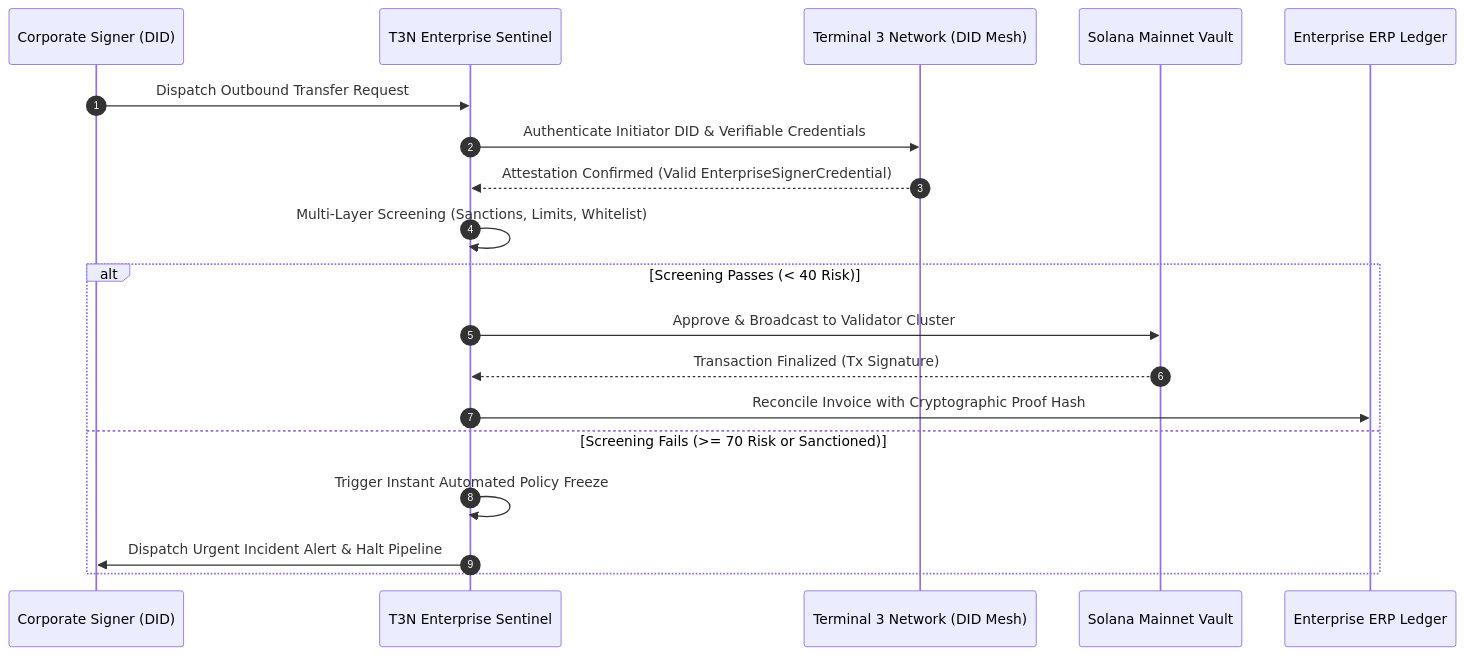
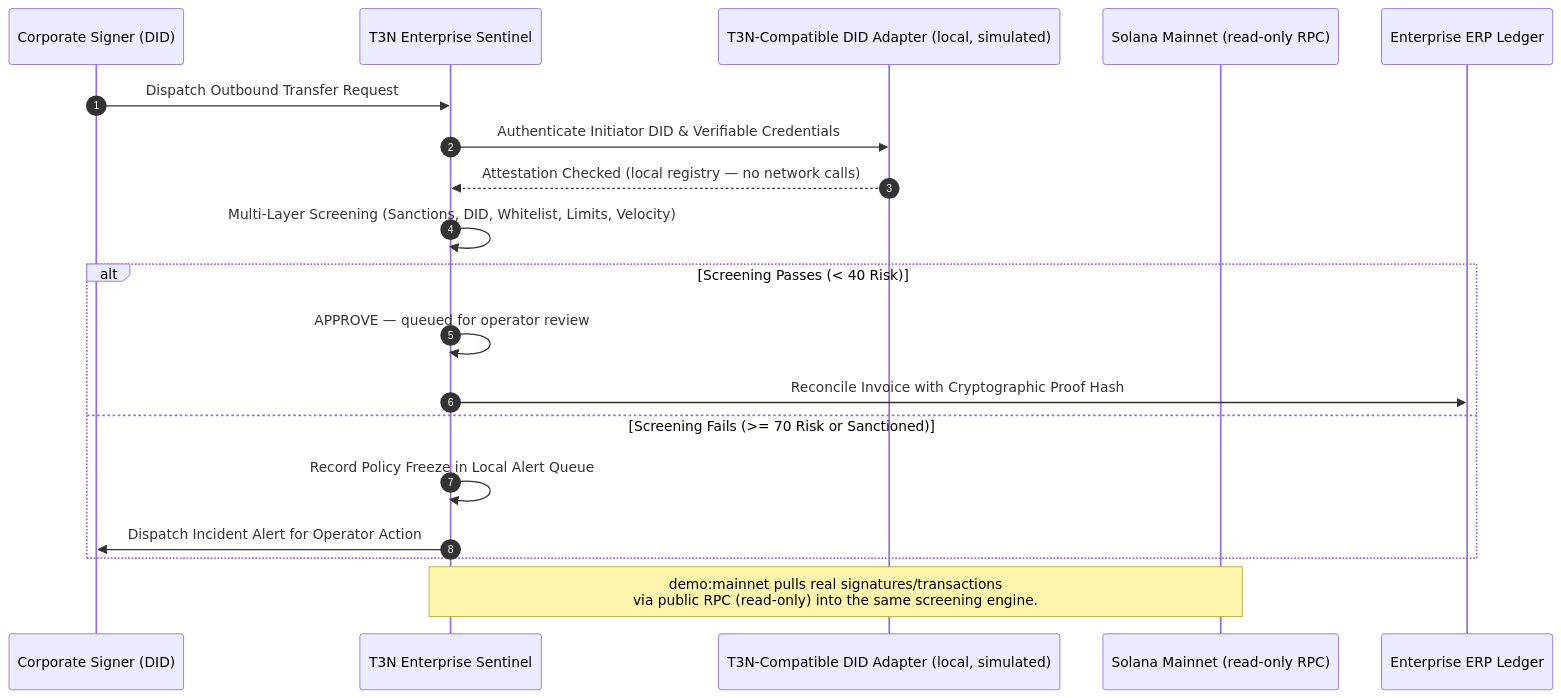
One commit to fliptrigga13/t3n-enterprise-sentinel changed the diagram in SUBMISSION.md. Above: the diagram before and after it, drawn with Mermaid. The commit also changed other lines of this file and 1 other file, not shown here.

Commit message:
docs: Colosseum entry framing; T3N adapter honestly labeled simulated

````diff
--- a/SUBMISSION.md
+++ b/SUBMISSION.md
@@ -26,22 +32,22 @@
 ```mermaid
 sequenceDiagram
     autonumber
     participant Officer as Corporate Signer (DID)
     participant Sentinel as T3N Enterprise Sentinel
-    participant T3N as Terminal 3 Network (DID Mesh)
-    participant Solana as Solana Mainnet Vault
+    participant DID as T3N-Compatible DID Adapter (local, simulated)
+    participant Solana as Solana Mainnet (read-only RPC)
     participant ERP as Enterprise ERP Ledger
 
     Officer->>Sentinel: Dispatch Outbound Transfer Request
-    Sentinel->>T3N: Authenticate Initiator DID & Verifiable Credentials
-    T3N-->>Sentinel: Attestation Confirmed (Valid EnterpriseSignerCredential)
-    Sentinel->>Sentinel: Multi-Layer Screening (Sanctions, Limits, Whitelist)
+    Sentinel->>DID: Authenticate Initiator DID & Verifiable Credentials
+    DID-->>Sentinel: Attestation Checked (local registry — no network calls)
+    Sentinel->>Sentinel: Multi-Layer Screening (Sanctions, DID, Whitelist, Limits, Velocity)
     alt Screening Passes (< 40 Risk)
-        Sentinel->>Solana: Approve & Broadcast to Validator Cluster
-        Solana-->>Sentinel: Transaction Finalized (Tx Signature)
+        Sentinel->>Sentinel: APPROVE — queued for operator review
         Sentinel->>ERP: Reconcile Invoice with Cryptographic Proof Hash
     else Screening Fails (>= 70 Risk or Sanctioned)
-        Sentinel->>Sentinel: Trigger Instant Automated Policy Freeze
-        Sentinel->>Officer: Dispatch Urgent Incident Alert & Halt Pipeline
+        Sentinel->>Sentinel: Record Policy Freeze in Local Alert Queue
+        Sentinel->>Officer: Dispatch Incident Alert for Operator Action
     end
+    Note over Sentinel,Solana: demo:mainnet pulls real signatures/transactions<br/>via public RPC (read-only) into the same screening engine.
 ```
````
